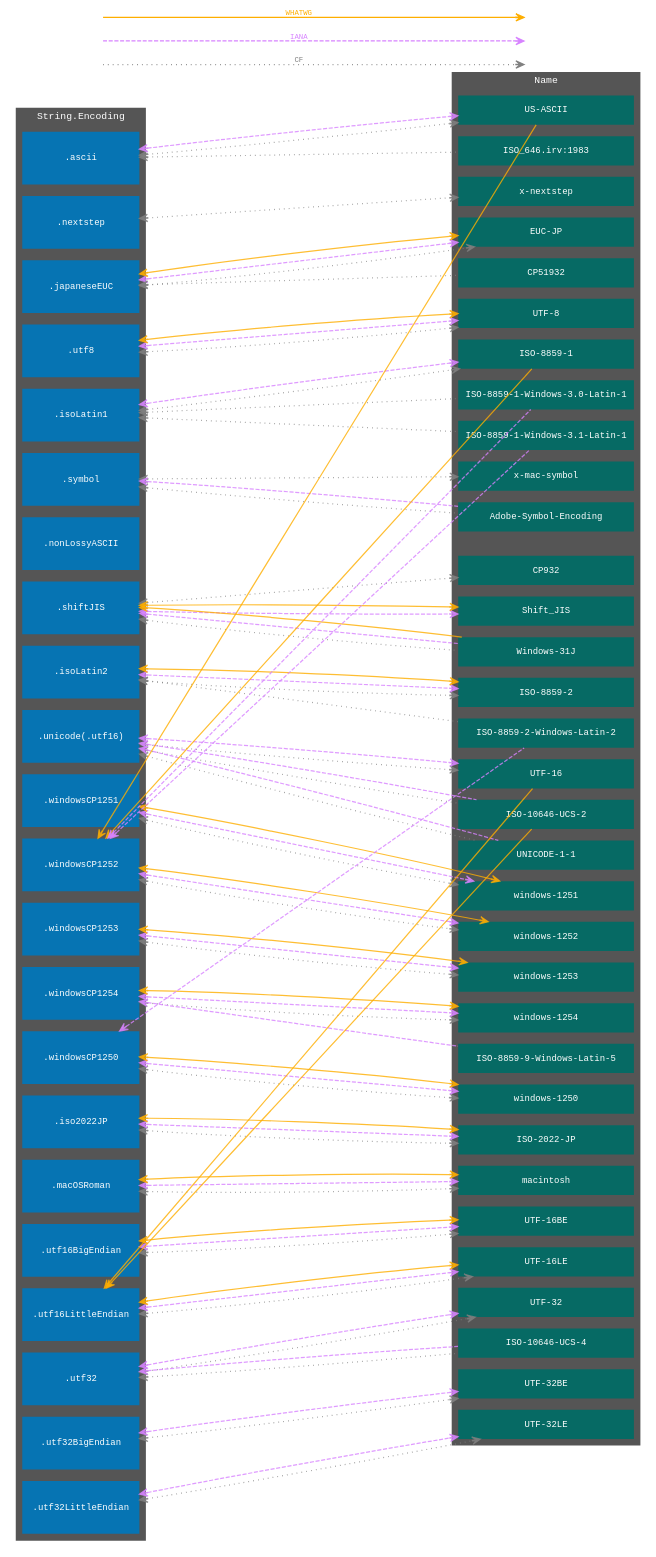
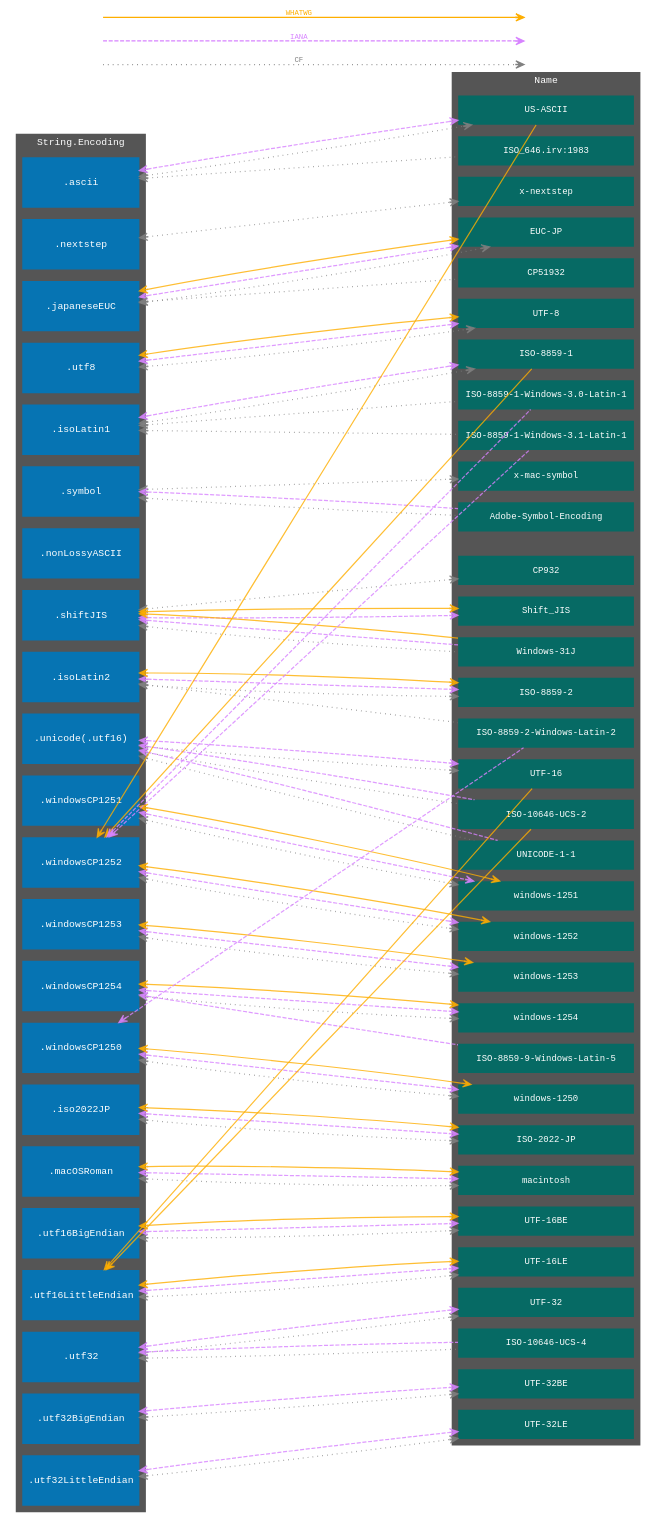
Before and after one commit to YOCKOW/SF-StringEncodingNameImpl: the diagram in proposal/NNNN-String-Encoding-Names_Mapping.gv, drawn with Graphviz. The commit also changed 1 other file, not shown here.

```diff
--- a/proposal/NNNN-String-Encoding-Names_Mapping.gv
+++ b/proposal/NNNN-String-Encoding-Names_Mapping.gv
@@ -39,8 +39,9 @@
         fillcolor="#0076BAEE"
         color="#0076BA00"
         fontcolor=white
+        fontsize="12pt"
         width=2
-        height=0.9
+        height=0.86
       ]
 
       ".ascii"
@@ -96,20 +97,15 @@
       "ISO-10646-UCS-2"
       "UNICODE-1-1"
       "windows-1251"
-      "windows-1252"
-      "ISO-8859-1-Windows-3.0-Latin-1"
-      "ISO-8859-1-Windows-3.1-Latin-1"
+      "windows-1252"; "ISO-8859-1-Windows-3.0-Latin-1"; "ISO-8859-1-Windows-3.1-Latin-1"
       "windows-1253"
-      "windows-1254"
-      "ISO-8859-9-Windows-Latin-5"
-      "windows-1250"
-      "ISO-8859-2-Windows-Latin-2"
+      "windows-1254"; "ISO-8859-9-Windows-Latin-5"
+      "windows-1250"; "ISO-8859-2-Windows-Latin-2"
       "ISO-2022-JP"
       "macintosh"
       "UTF-16BE"
       "UTF-16LE"
-      "UTF-32"
-      "ISO-10646-UCS-4"
+      "UTF-32"; "ISO-10646-UCS-4"
       "UTF-32BE"
       "UTF-32LE"
     }
```
